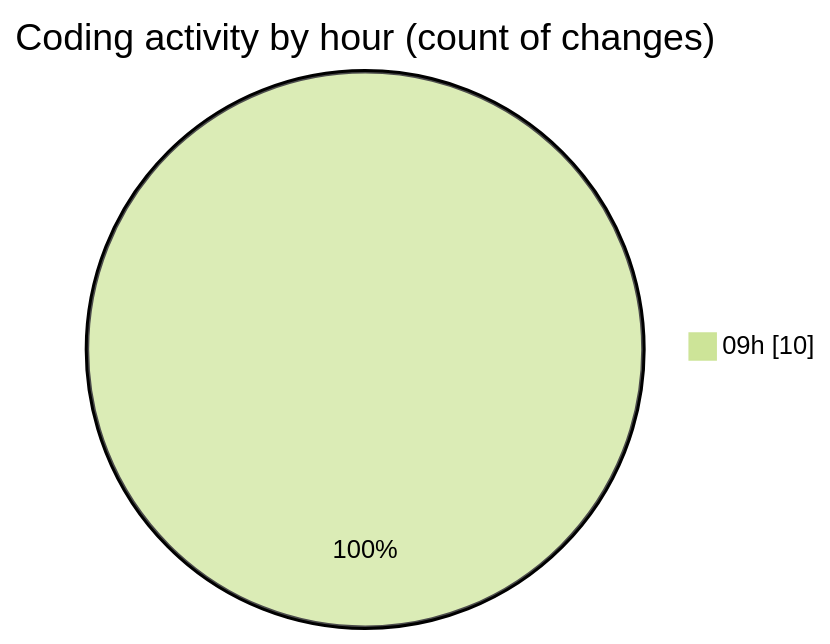
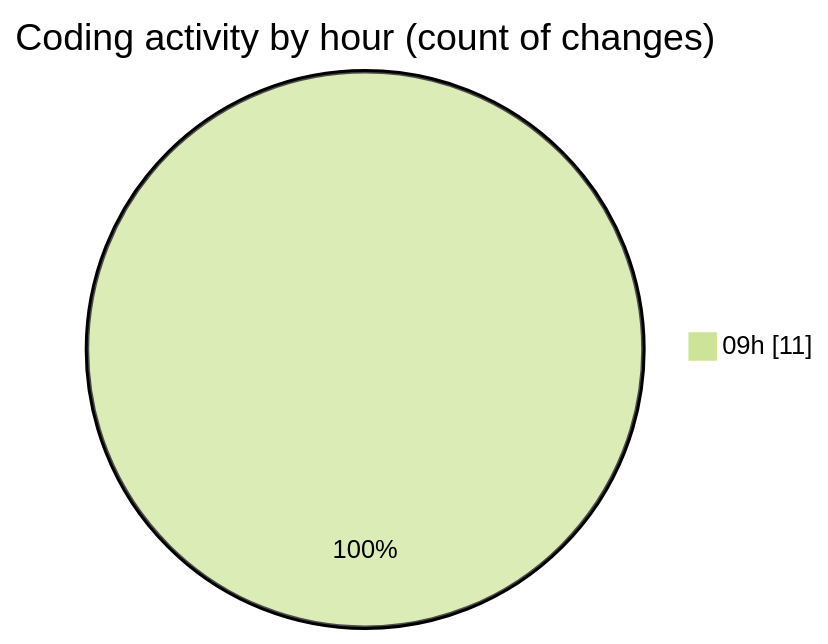
One commit to NitaiMahat/code-tracking changed the second of 2 diagrams in 2025-01-30/java/README.md. Above: the diagram before and after it, drawn with Mermaid (forest theme). The commit also changed other lines of this file and 1 other file, not shown here.

````diff
--- a/2025-01-30/java/README.md
+++ b/2025-01-30/java/README.md
@@ -28,5 +28,5 @@
 ```mermaid
 pie showData
 title Coding activity by hour (count of changes)
-"09h" : 10
+"09h" : 11
 ```
````
